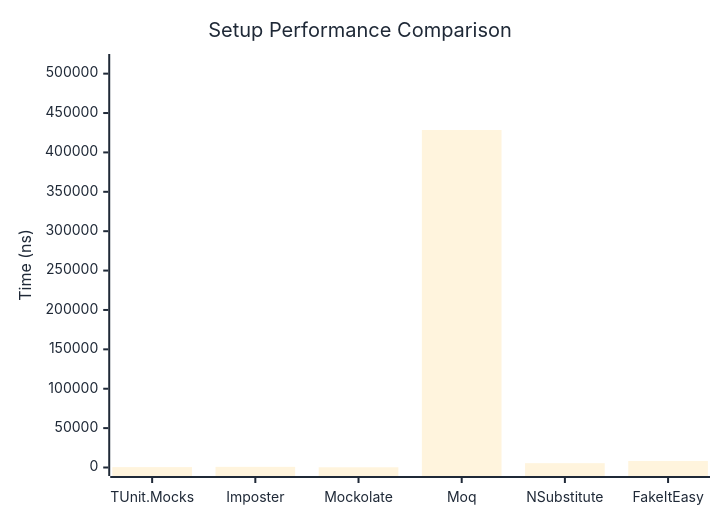
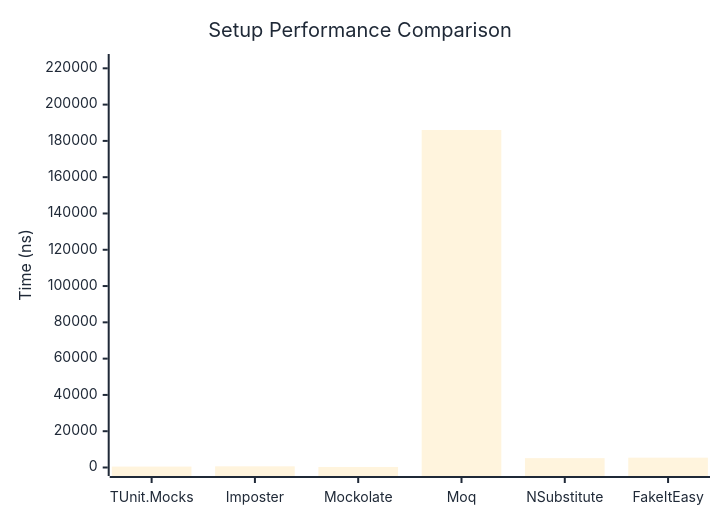
One commit to thomhurst/TUnit changed the first of 2 diagrams in docs/docs/benchmarks/mocks/Setup.md. Above: the diagram before and after it, drawn with Mermaid. The commit also changed other lines of this file and 14 other files, not shown here.

````diff
--- a/docs/docs/benchmarks/mocks/Setup.md
+++ b/docs/docs/benchmarks/mocks/Setup.md
@@ -30,27 +30,27 @@
 ```mermaid
 %%{init: {
   'theme':'base',
   'themeVariables': {
     'primaryColor': '#2563eb',
     'primaryTextColor': '#1f2937',
     'primaryBorderColor': '#1e40af',
     'lineColor': '#6b7280',
     'secondaryColor': '#7c3aed',
     'tertiaryColor': '#dc2626',
     'background': '#ffffff',
     'pie1': '#2563eb',
     'pie2': '#7c3aed',
     'pie3': '#dc2626',
     'pie4': '#f59e0b',
     'pie5': '#10b981',
     'pie6': '#06b6d4',
     'pie7': '#ec4899',
     'pie8': '#6366f1'
   }
 }}%%
 xychart-beta
   title "Setup Performance Comparison"
   x-axis ["TUnit.Mocks", "Imposter", "Mockolate", "Moq", "NSubstitute", "FakeItEasy"]
-  y-axis "Time (ns)" 0 --> 514154
-  bar [511.3, 811.3, 303.7, 428461.6, 5494.5, 8294.5]
+  y-axis "Time (ns)" 0 --> 223207
+  bar [504.9, 645.3, 298.6, 186005.1, 5162.7, 5418.3]
 ```
````
